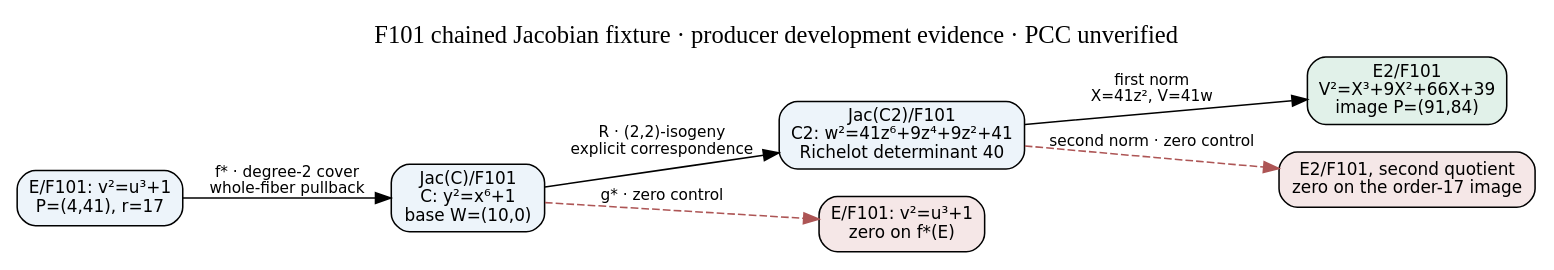
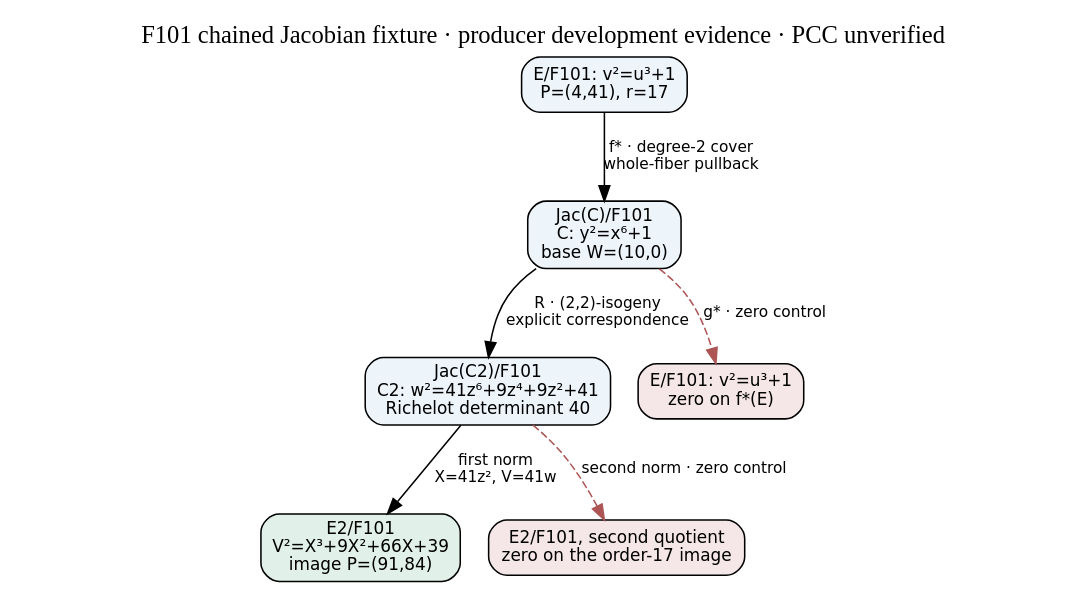
Before and after one commit to isogeny-labs/crypto: the diagram in research/chained_jacobian_transfers_20261110/route.dot, drawn with Graphviz. The commit also changed 33 other files, not shown here.

```diff
--- a/research/chained_jacobian_transfers_20261110/route.dot
+++ b/research/chained_jacobian_transfers_20261110/route.dot
@@ -1,17 +1,17 @@
 digraph route {
-  graph [rankdir=LR, bgcolor="white", labelloc=t,
+  graph [rankdir=TB, bgcolor="white", labelloc=t,
     label="F101 chained Jacobian fixture · producer development evidence · PCC unverified", fontsize=16];
   node [shape=box, style="rounded,filled", fillcolor="#edf4fa", fontname="DejaVu Sans", fontsize=11];
   edge [fontname="DejaVu Sans", fontsize=10];
   E [label="E/F101: v²=u³+1\nP=(4,41), r=17"];
   J [label="Jac(C)/F101\nC: y²=x⁶+1\nbase W=(10,0)"];
   J2 [label="Jac(C2)/F101\nC2: w²=41z⁶+9z⁴+9z²+41\nRichelot determinant 40"];
   E2 [label="E2/F101\nV²=X³+9X²+66X+39\nimage P=(91,84)", fillcolor="#e1f1e9"];
   Z [label="E/F101: v²=u³+1\nzero on f*(E)", fillcolor="#f5e7e7"];
   Z2 [label="E2/F101, second quotient\nzero on the order-17 image", fillcolor="#f5e7e7"];
   E -> J [label="f* · degree-2 cover\nwhole-fiber pullback"];
   J -> J2 [label="R · (2,2)-isogeny\nexplicit correspondence"];
   J2 -> E2 [label="first norm\nX=41z², V=41w"];
   J -> Z [label="g* · zero control", style=dashed, color="#ad5555"];
   J2 -> Z2 [label="second norm · zero control", style=dashed, color="#ad5555"];
 }
```
